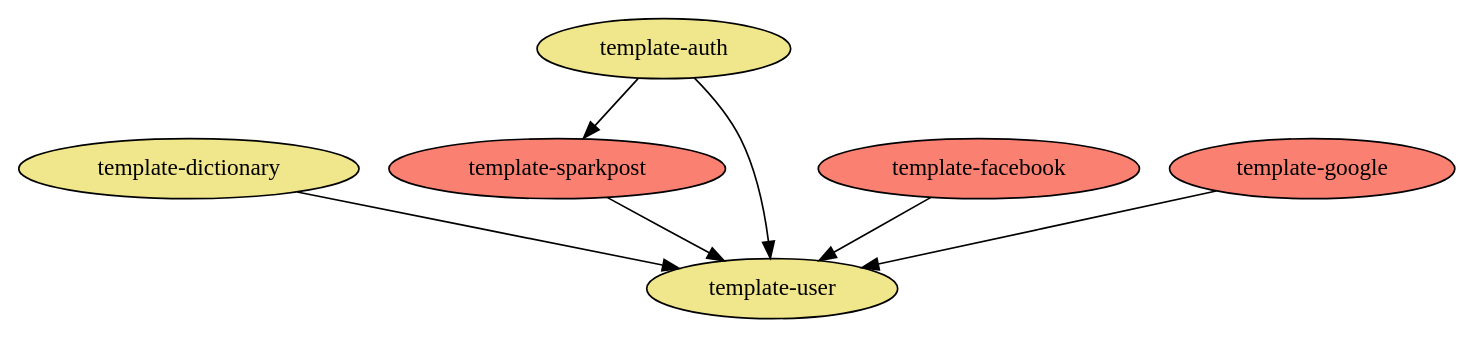
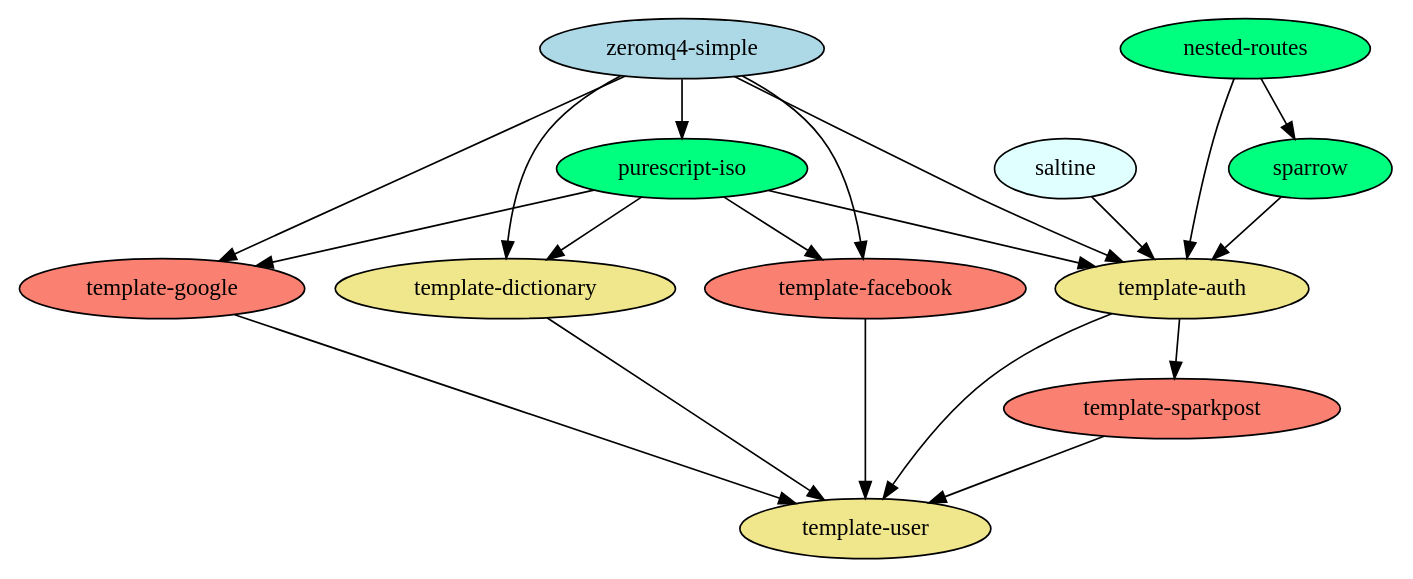
Before and after one commit to localcooking/dependencies: the diagram in backend.dot, drawn with Graphviz. The commit also changed 1 other file, not shown here.

```diff
--- a/backend.dot
+++ b/backend.dot
@@ -1,32 +1,82 @@
+/* Key:
+light blue: forked
+blue:       extended
+orange:     foreign bindings
+red:        semantic bindings
+green:      independent
+yellow:     generic
+white:      primary
+purple:     site
+*/
+
 digraph backend {
   // "purescript-email-validate" [fillcolor = lightcyan, style = filled];
   // "purescript-thermite" [fillcolor = lightcyan, style = filled];
   // "purescript-material-ui" [fillcolor = coral, style = filled];
   // "purescript-uri-extra" [fillcolor = lightblue, style = filled];
   // "purescript-dom-extra" [fillcolor = lightblue, style = filled];
   // "purescript-haskell-iso" [fillcolor = lightblue, style = filled];
   // "purescript-sparrow-queue" [fillcolor = springgreen, style = filled];
   // "purescript-material-ui-accessories" [fillcolor = khaki, style = filled];
   // "purescript-material-ui-form" [fillcolor = khaki, style = filled];
   // "purescript-material-ui-dialog" [fillcolor = khaki, style = filled];
   // "localcooking-blog/frontend" [fillcolor = orchid, style = filled];
   // "localcooking-admin/frontend" [fillcolor = orchid, style = filled];
   // "localcooking-content/frontend" [fillcolor = orchid, style = filled];
   // "localcooking-mitch/frontend" [fillcolor = orchid, style = filled];
   // "localcooking-chef/frontend" [fillcolor = orchid, style = filled];
   // "localcooking-farm/frontend" [fillcolor = orchid, style = filled];
   // "localcooking-restaurant/frontend" [fillcolor = orchid, style = filled];
-  "template-dictionary" [fillcolor = khaki, style = filled];
-  "template-auth" [fillcolor = khaki, style = filled];
+  // Forked
+  "saltine" [fillcolor = lightcyan, style = filled];
+
+  // Extended
+  "zeromq4-simple" [fillcolor = lightblue, style = filled];
+  
+  // Independent
+  "purescript-iso" [fillcolor = springgreen, style = filled];
+  "nested-routes" [fillcolor = springgreen, style = filled];
+  "sparrow" [fillcolor = springgreen, style = filled];
+
+  // Semantic Bindings
   "template-facebook" [fillcolor = salmon, style = filled];
   "template-google" [fillcolor = salmon, style = filled];
   "template-sparkpost" [fillcolor = salmon, style = filled];
+  
+  // Generic
+  "template-dictionary" [fillcolor = khaki, style = filled];
+  "template-auth" [fillcolor = khaki, style = filled];
   "template-user" [fillcolor = khaki, style = filled];
 
-  "template-auth" -> "template-sparkpost";
-  "template-dictionary" -> "template-user";
+
+  // * Arrows
+
+  // Forked
+  "saltine" -> "template-auth";
+
+  // Extended
+  "zeromq4-simple" -> "template-dictionary";
+  "zeromq4-simple" -> "template-facebook";
+  "zeromq4-simple" -> "template-google";
+  "zeromq4-simple" -> "template-auth";
+  "zeromq4-simple" -> "purescript-iso";
+
+  // Independent
+  "purescript-iso" -> "template-dictionary";
+  "purescript-iso" -> "template-facebook";
+  "purescript-iso" -> "template-google";
+  "purescript-iso" -> "template-auth";
+  "nested-routes" -> "sparrow";
+  "nested-routes" -> "template-auth";
+  "sparrow" -> "template-auth";
+
+  // Semantic Bindings
   "template-facebook" -> "template-user";
   "template-google" -> "template-user";
   "template-sparkpost" -> "template-user";
+
+  // Generic
+  "template-dictionary" -> "template-user";
+  "template-auth" -> "template-sparkpost";
   "template-auth" -> "template-user";
 }
```
